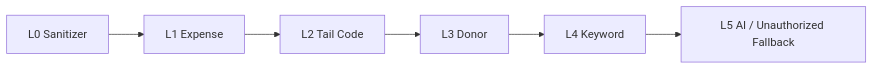
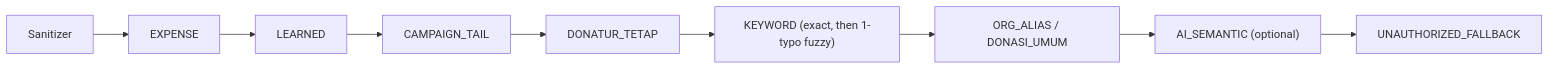
One commit to ImamWahyudiz/ziswafierlite changed the diagram in AGENTS.md. Above: the diagram before and after it, drawn with Mermaid. The commit also changed other lines of this file and 2 other files, not shown here.

````diff
--- a/AGENTS.md
+++ b/AGENTS.md
@@ -31,8 +33,11 @@
 ```mermaid
 flowchart LR
-    L0["L0 Sanitizer"] --> L1["L1 Expense"]
-    L1 --> L2["L2 Tail Code"]
-    L2 --> L3["L3 Donor"]
-    L3 --> L4["L4 Keyword"]
-    L4 --> L5["L5 AI / Unauthorized Fallback"]
+    S["Sanitizer"] --> X["EXPENSE"]
+    X --> L["LEARNED"]
+    L --> T["CAMPAIGN_TAIL"]
+    T --> D["DONATUR_TETAP"]
+    D --> K["KEYWORD (exact, then 1-typo fuzzy)"]
+    K --> O["ORG_ALIAS / DONASI_UMUM"]
+    O --> A["AI_SEMANTIC (optional)"]
+    A --> U["UNAUTHORIZED_FALLBACK"]
 ```
````
